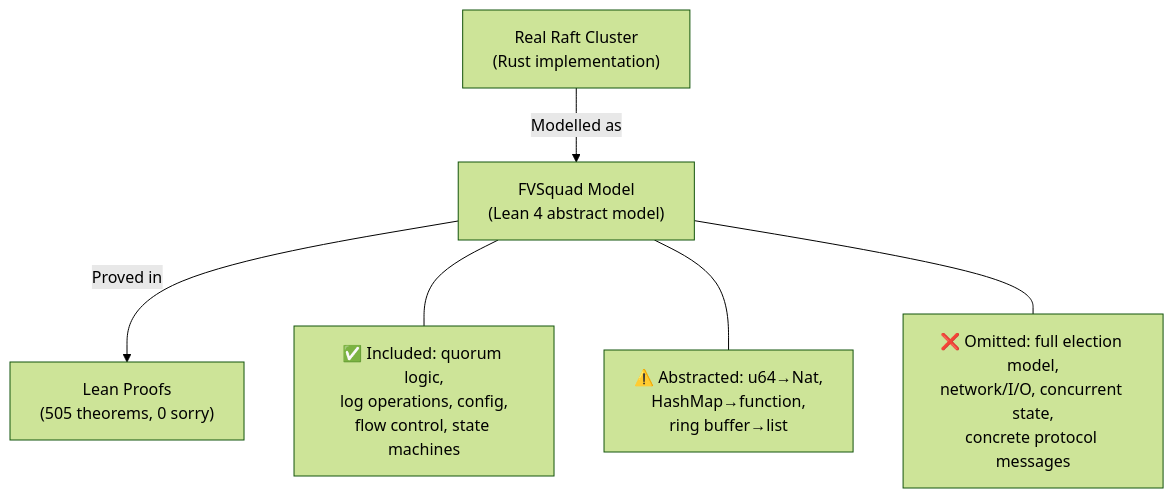
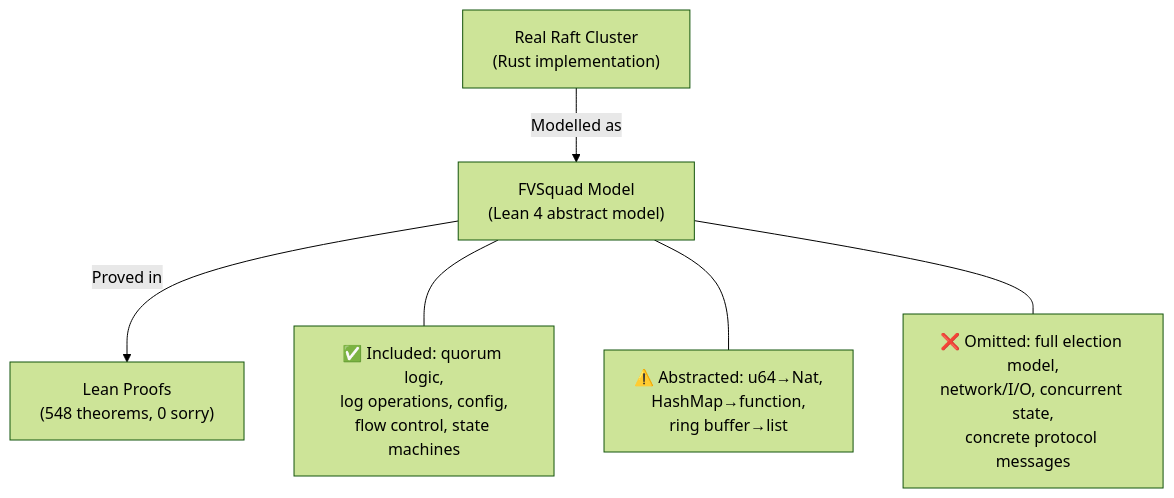
The tenth of 11 diagrams in formal-verification/REPORT.md (dsyme/raft-lean-squad), drawn with Mermaid (forest theme) before and after one commit. The commit also changed other lines of this file and 1 other file, not shown here.

````diff
--- a/formal-verification/REPORT.md
+++ b/formal-verification/REPORT.md
@@ -370,17 +386,17 @@
 ```mermaid
 graph TD
     REAL["Real Raft Cluster<br/>(Rust implementation)"]
     MODEL["FVSquad Model<br/>(Lean 4 abstract model)"]
-    PROOF["Lean Proofs<br/>(505 theorems, 0 sorry)"]
+    PROOF["Lean Proofs<br/>(548 theorems, 0 sorry)"]
 
     REAL -->|"Modelled as"| MODEL
     MODEL -->|"Proved in"| PROOF
 
     NOTE1["✅ Included: quorum logic,<br/>log operations, config,<br/>flow control, state machines"]
     NOTE2["⚠️ Abstracted: u64→Nat,<br/>HashMap→function,<br/>ring buffer→list"]
     NOTE3["❌ Omitted: full election model,<br/>network/I/O, concurrent state,<br/>concrete protocol messages"]
 
     MODEL --- NOTE1
     MODEL --- NOTE2
     MODEL --- NOTE3
 ```
````
